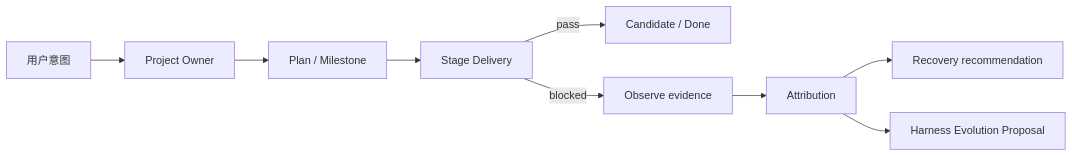
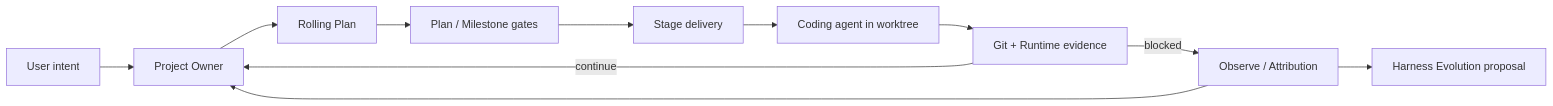
One commit to aowo-1345/AgentPanelX changed the diagram in README.md. Above: the diagram before and after it, drawn with Mermaid. The commit also changed other lines of this file and 1 other file, not shown here.

Commit message:
docs: redesign bilingual project overview

````diff
--- a/README.md
+++ b/README.md
@@ -27,11 +61,13 @@
 ```mermaid
 flowchart LR
-    A[用户意图] --> B[Project Owner]
-    B --> C[Plan / Milestone]
-    C --> D[Stage Delivery]
-    D -->|pass| E[Candidate / Done]
-    D -->|blocked| F[Observe evidence]
-    F --> G[Attribution]
-    G --> H[Recovery recommendation]
-    G --> I[Harness Evolution Proposal]
+    Intent[User intent] --> Owner[Project Owner]
+    Owner --> Plan[Rolling Plan]
+    Plan --> Review[Plan / Milestone gates]
+    Review --> Stage[Stage delivery]
+    Stage --> Agent[Coding agent in worktree]
+    Agent --> Evidence[Git + Runtime evidence]
+    Evidence -->|continue| Owner
+    Evidence -->|blocked| Recovery[Observe / Attribution]
+    Recovery --> Evolution[Harness Evolution proposal]
+    Recovery --> Owner
 ```
````
